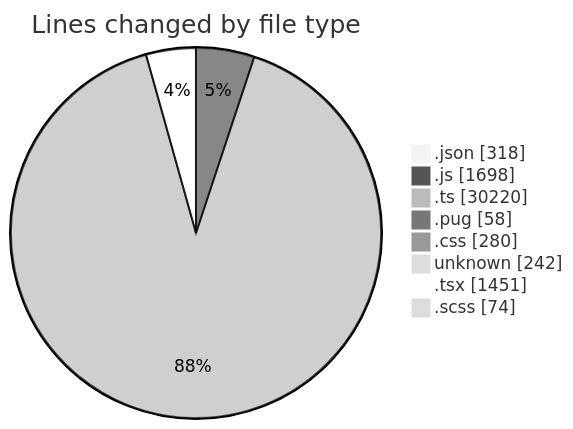
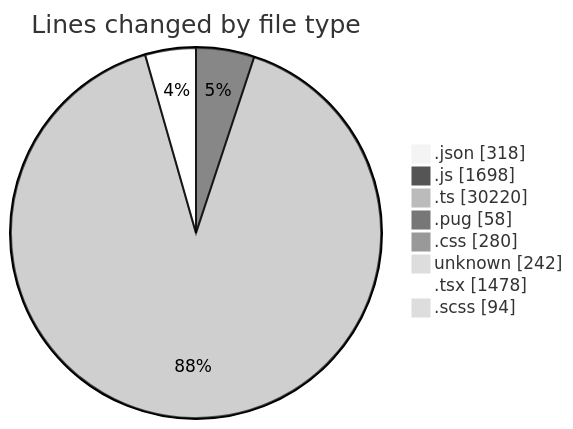
The first of 2 diagrams in 2026-06-02/cda/README.md (momahboobian/code-tracking), drawn with Mermaid (neutral theme) before and after one commit. The commit also changed other lines of this file and 1 other file, not shown here.

````diff
--- a/2026-06-02/cda/README.md
+++ b/2026-06-02/cda/README.md
@@ -64,12 +64,12 @@
 ```mermaid
 pie showData
 title Lines changed by file type
 ".json" : 318
 ".js" : 1698
 ".ts" : 30220
 ".pug" : 58
 ".css" : 280
 "unknown" : 242
-".tsx" : 1451
-".scss" : 74
+".tsx" : 1478
+".scss" : 94
 ```
````
